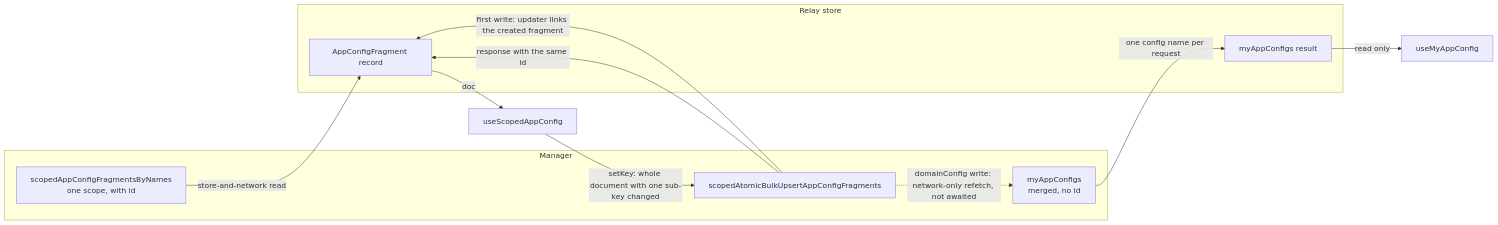
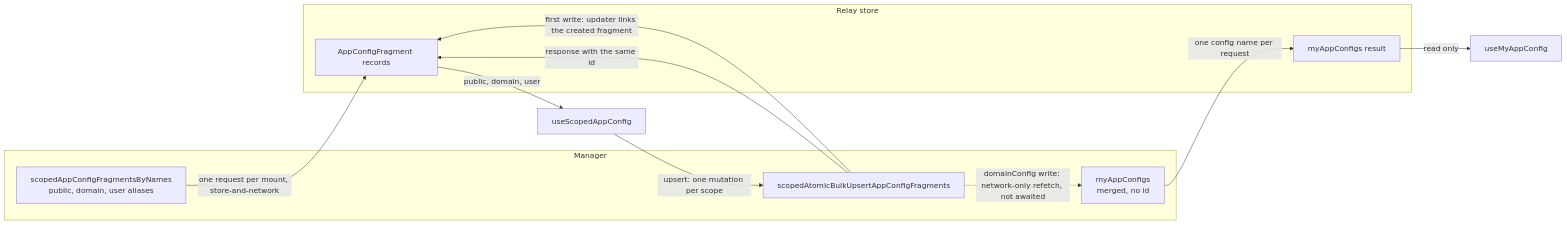
Before and after one commit to lablup/backend.ai-webui: the diagram in docs/adr/0033-scoped-and-merged-app-config-hooks.md, drawn with Mermaid. The commit also changed other lines of this file and 19 other files, not shown here.

First line of the commit message:
refactor(#11146): read every requested scope in one useScopedAppConfig query

````diff
--- a/docs/adr/0033-scoped-and-merged-app-config-hooks.md
+++ b/docs/adr/0033-scoped-and-merged-app-config-hooks.md
@@ -22,20 +22,20 @@
 ```mermaid
 flowchart LR
   subgraph manager["Manager"]
-    raw["scopedAppConfigFragmentsByNames<br/>one scope, with id"]
+    raw["scopedAppConfigFragmentsByNames<br/>public, domain, user aliases"]
     merged["myAppConfigs<br/>merged, no id"]
     upsert["scopedAtomicBulkUpsertAppConfigFragments"]
   end
   subgraph store["Relay store"]
-    rawRec["AppConfigFragment record"]
+    rawRec["AppConfigFragment records"]
     mergedRec["myAppConfigs result"]
   end
-  raw -- "store-and-network read" --> rawRec
-  rawRec -- "doc" --> scoped["useScopedAppConfig"]
-  scoped -- "setKey: whole document with one sub-key changed" --> upsert
+  raw -- "one request per mount, store-and-network" --> rawRec
+  rawRec -- "public, domain, user" --> scoped["useScopedAppConfig"]
+  scoped -- "upsert: one mutation per scope" --> upsert
   upsert -- "response with the same id" --> rawRec
   upsert -- "first write: updater links the created fragment" --> rawRec
   upsert -. "domainConfig write: network-only refetch, not awaited" .-> merged
   merged -- "one config name per request" --> mergedRec
   mergedRec -- "read only" --> my["useMyAppConfig"]
 ```
````
